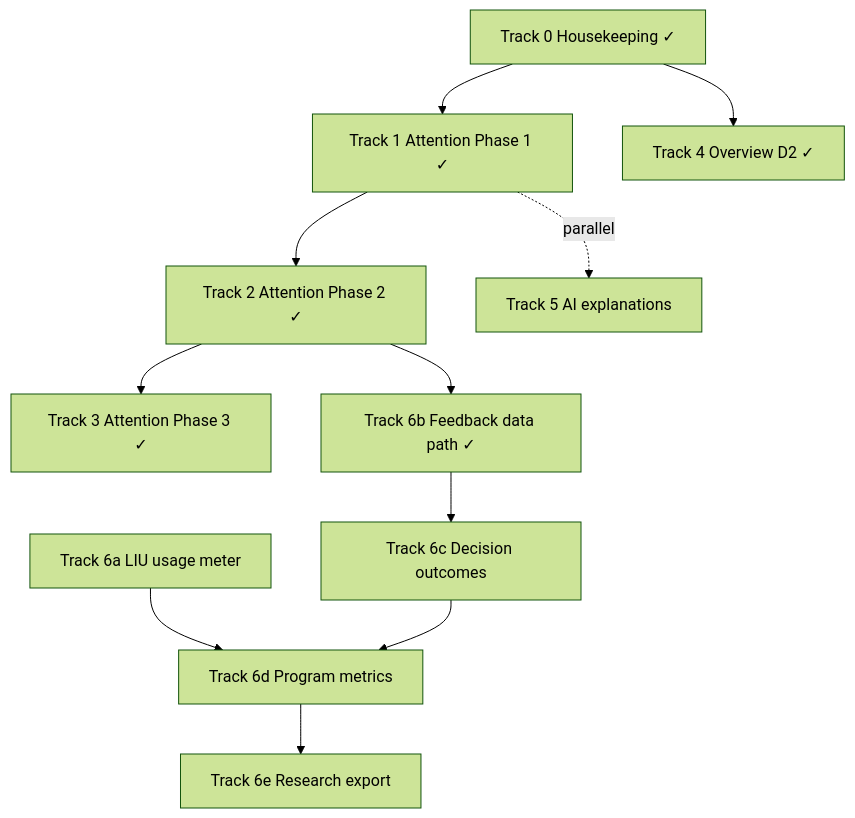
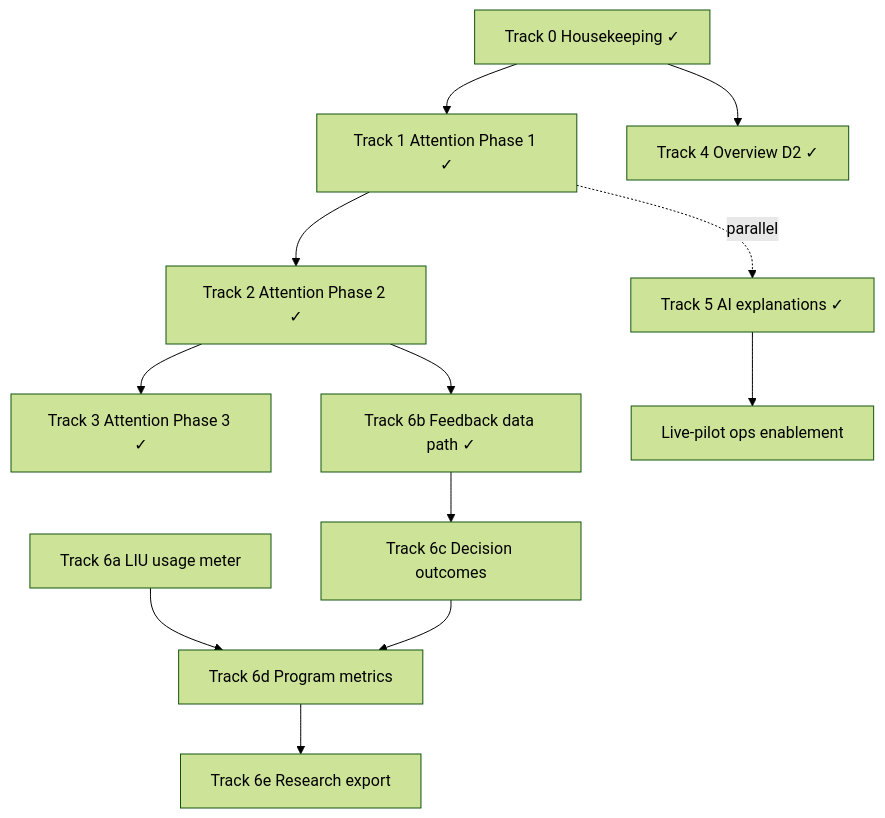
One commit to rhyanvargas/8p3p-control-layer changed the second of 2 diagrams in .cursor/plans/dashboard_pilot_roadmap_0fa0e18a.plan.md. Above: the diagram before and after it, drawn with Mermaid (forest theme). The commit also changed other lines of this file and 22 other files, not shown here.

````diff
--- a/.cursor/plans/dashboard_pilot_roadmap_0fa0e18a.plan.md
+++ b/.cursor/plans/dashboard_pilot_roadmap_0fa0e18a.plan.md
@@ -227,25 +234,27 @@
 ```mermaid
 flowchart TD
   HK[Track 0 Housekeeping ✓]
   P1[Track 1 Attention Phase 1 ✓]
   P2[Track 2 Attention Phase 2 ✓]
   P3[Track 3 Attention Phase 3 ✓]
   D2[Track 4 Overview D2 ✓]
-  AI[Track 5 AI explanations]
+  AI[Track 5 AI explanations ✓]
+  LIVEOPS[Live-pilot ops enablement]
   LIU[Track 6a LIU usage meter]
   FB[Track 6b Feedback data path ✓]
   OUT[Track 6c Decision outcomes]
   MET[Track 6d Program metrics]
   EXP[Track 6e Research export]
 
   HK --> P1
   P1 --> P2
   P2 --> P3
   P2 --> FB
   LIU --> MET
   FB --> OUT
   OUT --> MET
   MET --> EXP
   HK --> D2
   P1 -. parallel .-> AI
+  AI --> LIVEOPS
 ```
````
